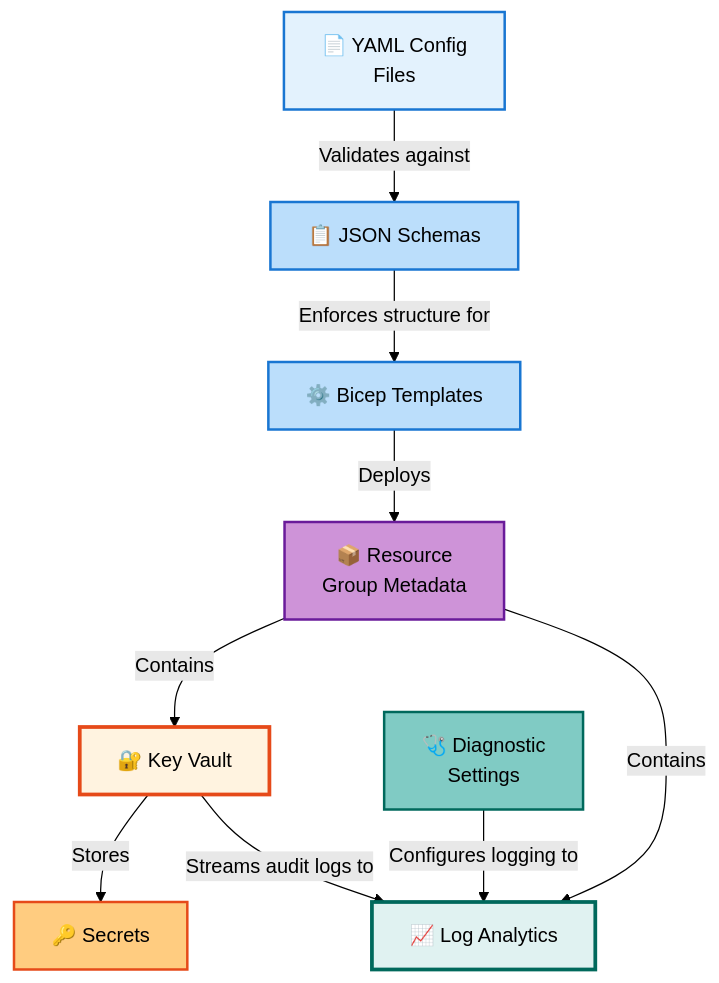
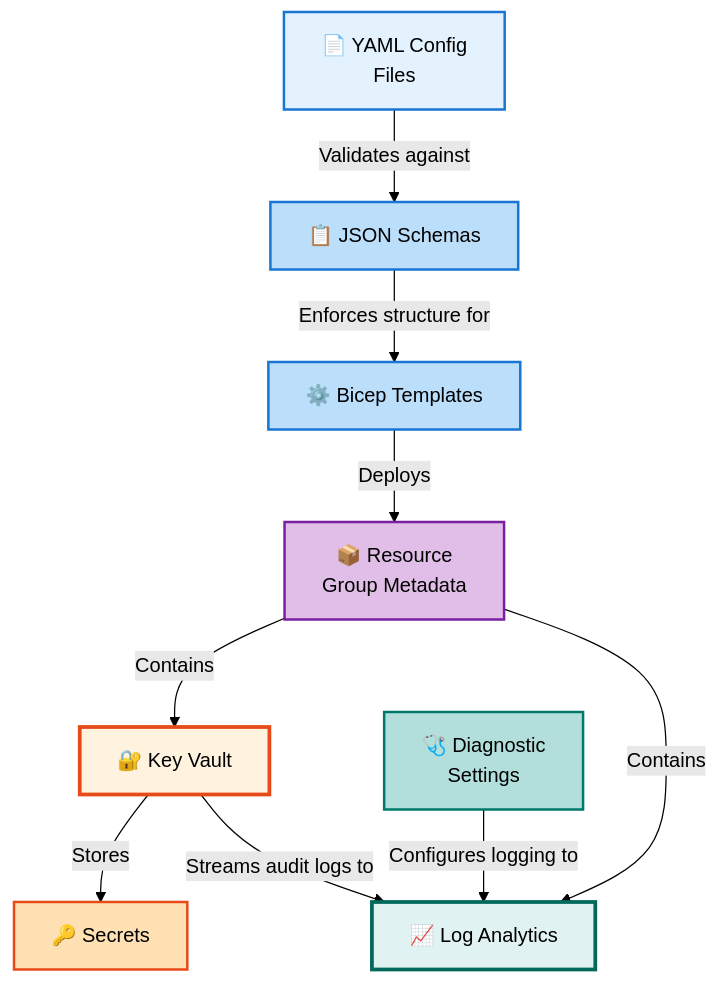
One commit to Evilazaro/DevExp-DevBox changed the sixth of 9 diagrams in docs/architecture/data-architecture.md. Above: the diagram before and after it, drawn with Mermaid (forest theme). The commit also changed other lines of this file, not shown here.

Commit message:
refactor: update color scheme documentation for data domains and flow stages

````diff
--- a/docs/architecture/data-architecture.md
+++ b/docs/architecture/data-architecture.md
@@ -1491,43 +1491,43 @@
 ```mermaid
 flowchart TD
     accTitle: Internal Data Layer Dependencies
     accDescr: Shows dependencies between data components within the Data layer. YAML configuration files are validated by JSON schemas before loading into Bicep deployment. Key Vault depends on Log Analytics for audit logging. All Azure resources depend on Resource Group metadata for organization.
 
     %% ============================================
     %% STANDARD COLOR SCHEME v2.8.0 - Material Design Compliant
     %% ============================================
     %% SEMANTIC COLORS (component types - functional purpose):
     %%   Blue=#BBDEFB (Configuration/Schema)
-    %%   Orange=#FFCC80 (Security - Key Vault/Secrets)
-    %%   Teal=#80CBC4 (Observability - Logs/Diagnostics)
-    %%   Purple=#CE93D8 (Resource Management)
-    %% Material Design palette with WCAG AA compliance
+    %%   Orange=#FFE0B2 (Security - Key Vault/Secrets)
+    %%   Teal=#B2DFDB (Observability - Logs/Diagnostics)
+    %%   Purple=#E1BEE7 (Resource Management)
+    %% Material Design 100-level palette with WCAG AA compliance
     %% ============================================
 
     classDef mdBlue fill:#BBDEFB,stroke:#1976D2,stroke-width:2px,color:#000
-    classDef mdOrange fill:#FFCC80,stroke:#E64A19,stroke-width:2px,color:#000
-    classDef mdTeal fill:#80CBC4,stroke:#00695C,stroke-width:2px,color:#000
-    classDef mdPurple fill:#CE93D8,stroke:#6A1B9A,stroke-width:2px,color:#000
+    classDef mdOrange fill:#FFE0B2,stroke:#E64A19,stroke-width:2px,color:#000
+    classDef mdTeal fill:#B2DFDB,stroke:#00796B,stroke-width:2px,color:#000
+    classDef mdPurple fill:#E1BEE7,stroke:#7B1FA2,stroke-width:2px,color:#000
 
     YAML["📄 YAML Config<br/>Files"]:::mdBlue
     Schema["📋 JSON Schemas"]:::mdBlue
     Bicep["⚙️ Bicep Templates"]:::mdBlue
     KV["🔐 Key Vault"]:::mdOrange
     LA["📈 Log Analytics"]:::mdTeal
     RG["📦 Resource<br/>Group Metadata"]:::mdPurple
     Secrets["🔑 Secrets"]:::mdOrange
     Diagnostics["🩺 Diagnostic<br/>Settings"]:::mdTeal
 
     YAML -->|Validates against| Schema
     Schema -->|Enforces structure for| Bicep
     Bicep -->|Deploys| RG
     RG -->|Contains| KV
     RG -->|Contains| LA
     KV -->|Stores| Secrets
     KV -->|Streams audit logs to| LA
     Diagnostics -->|Configures logging to| LA
 
     style YAML fill:#E3F2FD,stroke:#1976D2,stroke-width:2px
     style KV fill:#FFF3E0,stroke:#E64A19,stroke-width:3px
     style LA fill:#E0F2F1,stroke:#00695C,stroke-width:3px
 ```
````
